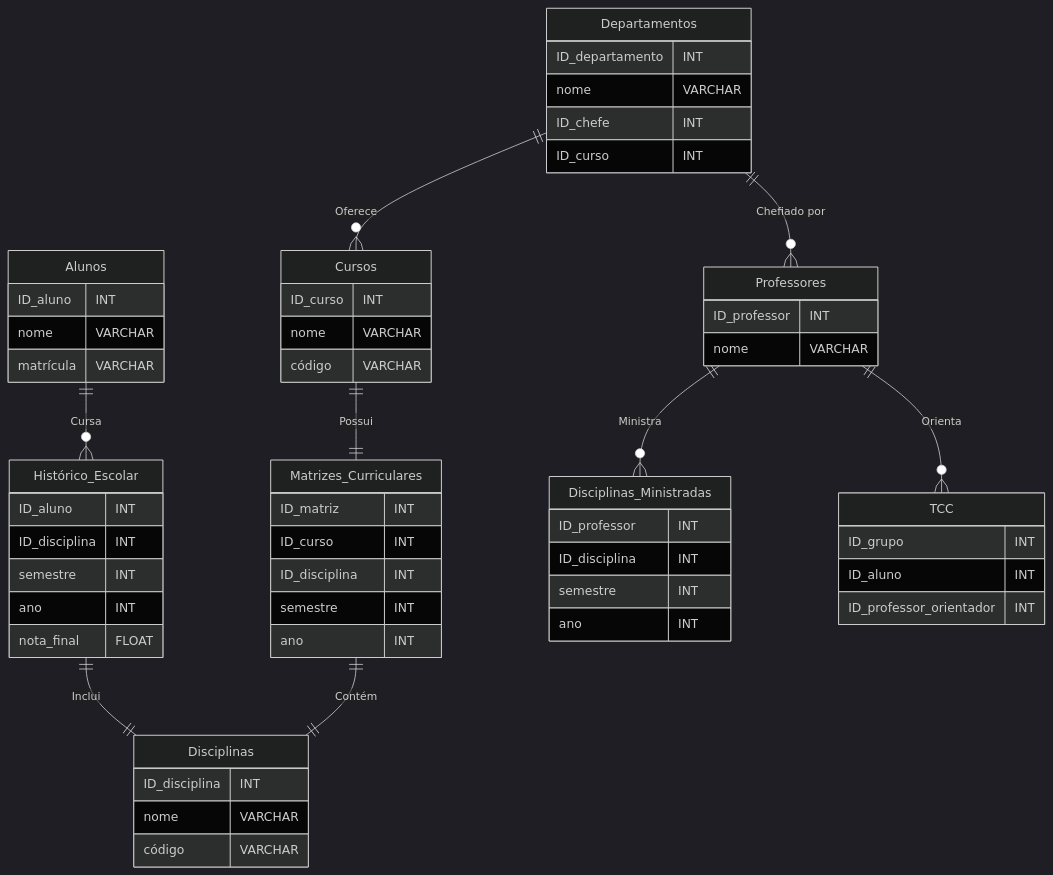
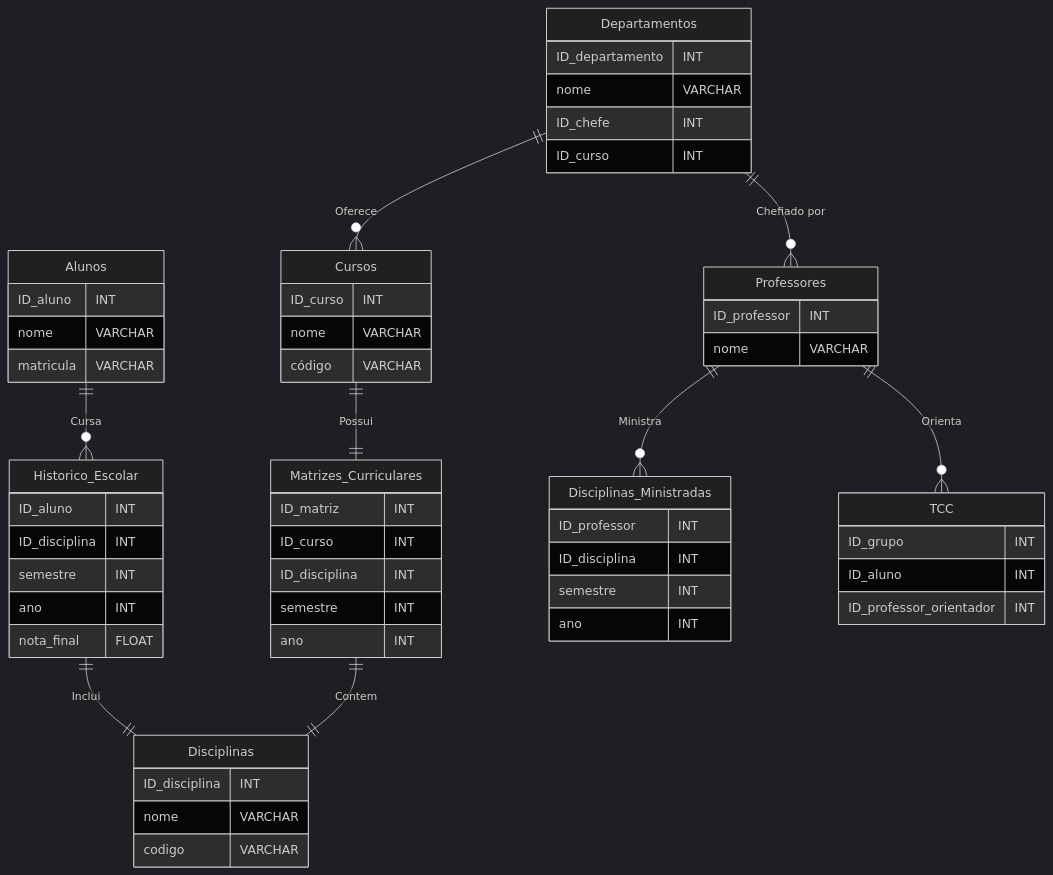
The diagram in README.md (NeonBrasil/BancoDeDados), drawn with Mermaid (dark theme) before and after one commit.

````diff
--- a/README.md
+++ b/README.md
@@ -6,63 +6,63 @@
 ``` mermaid
 erDiagram
     Alunos {
         ID_aluno INT
         nome VARCHAR
-        matrícula VARCHAR
+        matricula VARCHAR
     }
     Professores {
         ID_professor INT
         nome VARCHAR
     }
     Cursos {
         ID_curso INT
         nome VARCHAR
         código VARCHAR
     }
     Departamentos {
         ID_departamento INT
         nome VARCHAR
         ID_chefe INT
         ID_curso INT
     }
     Disciplinas {
         ID_disciplina INT
         nome VARCHAR
-        código VARCHAR
+        codigo VARCHAR
     }
     Matrizes_Curriculares {
         ID_matriz INT
         ID_curso INT
         ID_disciplina INT
         semestre INT
         ano INT
     }
-    Histórico_Escolar {
+    Historico_Escolar {
         ID_aluno INT
         ID_disciplina INT
         semestre INT
         ano INT
         nota_final FLOAT
     }
     Disciplinas_Ministradas {
         ID_professor INT
         ID_disciplina INT
         semestre INT
         ano INT
     }
     TCC {
         ID_grupo INT
         ID_aluno INT
         ID_professor_orientador INT
     }
 
-    Alunos ||--o{ Histórico_Escolar : "Cursa"
-    Histórico_Escolar ||--|| Disciplinas : "Inclui"
+    Alunos ||--o{ Historico_Escolar : "Cursa"
+    Historico_Escolar ||--|| Disciplinas : "Inclui"
     Professores ||--o{ Disciplinas_Ministradas : "Ministra"
     Professores ||--o{ TCC : "Orienta"
     Departamentos ||--o{ Professores : "Chefiado por"
     Departamentos ||--o{ Cursos : "Oferece"
     Cursos ||--|| Matrizes_Curriculares : "Possui"
-    Matrizes_Curriculares ||--|| Disciplinas : "Contém"
+    Matrizes_Curriculares ||--|| Disciplinas : "Contem"
 
 ```
````
